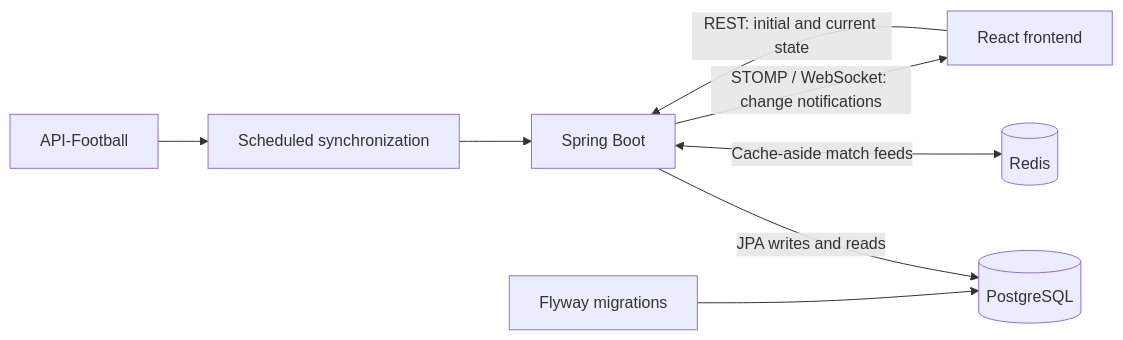
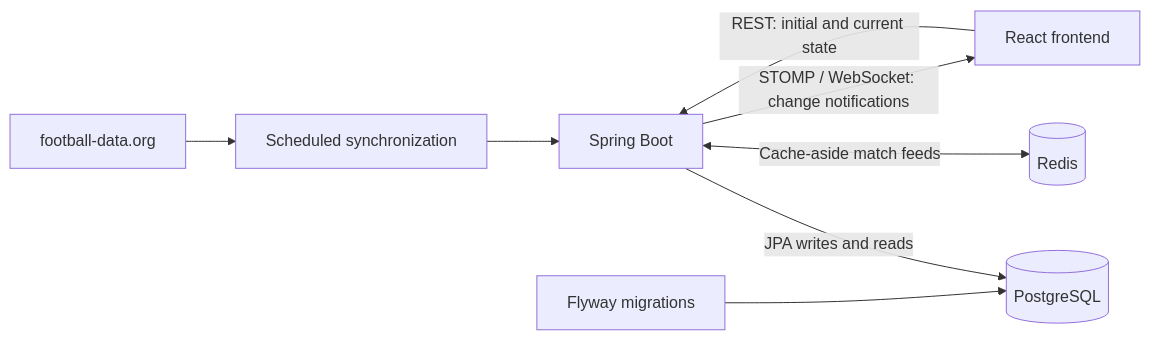
The first of 2 diagrams in README.md (asab77/real-time-soccer-platform), drawn with Mermaid before and after one commit. The commit also changed other lines of this file, not shown here.

````diff
--- a/README.md
+++ b/README.md
@@ -15,10 +15,10 @@
 ```mermaid
 flowchart LR
-    Provider[API-Football] --> Scheduler[Scheduled synchronization]
+    Provider[football-data.org] --> Scheduler[Scheduled synchronization]
     Scheduler --> Backend[Spring Boot]
     Backend -->|JPA writes and reads| Database[(PostgreSQL)]
     Backend <-->|Cache-aside match feeds| Cache[(Redis)]
     Browser[React frontend] -->|REST: initial and current state| Backend
     Backend -->|STOMP / WebSocket: change notifications| Browser
     Flyway[Flyway migrations] --> Database
 ```
````
